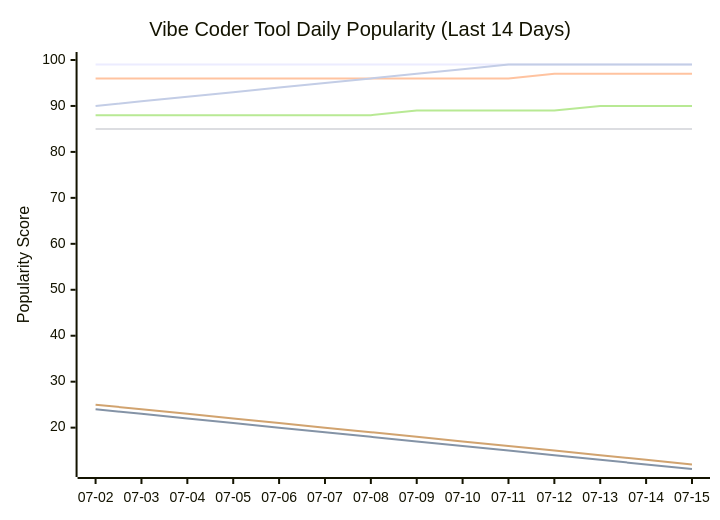
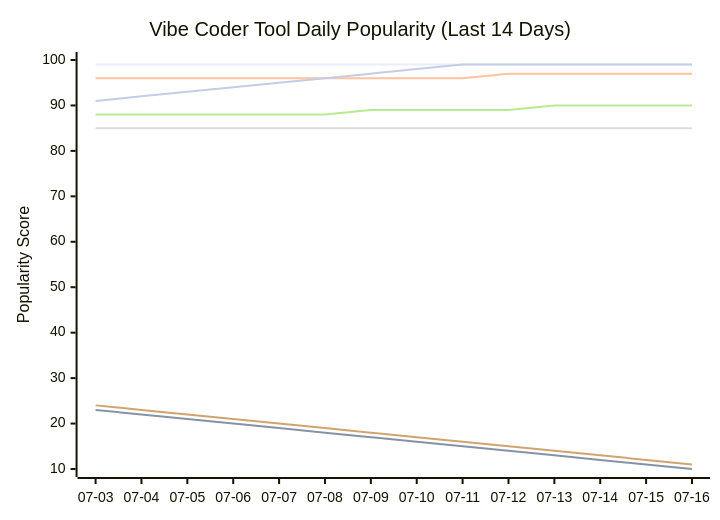
One commit to tykimos/ai-whatchelin changed the seventh of 11 diagrams in README.md. Above: the diagram before and after it, drawn with Mermaid. The commit also changed other lines of this file and 4 other files, not shown here.

````diff
--- a/README.md
+++ b/README.md
@@ -1989,13 +1995,13 @@
 ```mermaid
 xychart-beta
     title "Vibe Coder Tool Daily Popularity (Last 14 Days)"
-    x-axis ["07-02", "07-03", "07-04", "07-05", "07-06", "07-07", "07-08", "07-09", "07-10", "07-11", "07-12", "07-13", "07-14", "07-15"]
-    y-axis "Popularity Score" 11 --> 100
+    x-axis ["07-03", "07-04", "07-05", "07-06", "07-07", "07-08", "07-09", "07-10", "07-11", "07-12", "07-13", "07-14", "07-15", "07-16"]
+    y-axis "Popularity Score" 10 --> 100
     line "Claude Code" [99, 99, 99, 99, 99, 99, 99, 99, 99, 99, 99, 99, 99, 99]
-    line "GH Copilot" [24, 23, 22, 21, 20, 19, 18, 17, 16, 15, 14, 13, 12, 11]
-    line "Cursor" [96, 96, 96, 96, 96, 96, 96, 96, 96, 96, 97, 97, 97, 97]
+    line "GH Copilot" [23, 22, 21, 20, 19, 18, 17, 16, 15, 14, 13, 12, 11, 10]
+    line "Cursor" [96, 96, 96, 96, 96, 96, 96, 96, 96, 97, 97, 97, 97, 97]
     line "Windsurf" [85, 85, 85, 85, 85, 85, 85, 85, 85, 85, 85, 85, 85, 85]
-    line "Codex CLI" [88, 88, 88, 88, 88, 88, 88, 89, 89, 89, 89, 90, 90, 90]
-    line "Gemini CLI" [25, 24, 23, 22, 21, 20, 19, 18, 17, 16, 15, 14, 13, 12]
-    line "Antigravity" [90, 91, 92, 93, 94, 95, 96, 97, 98, 99, 99, 99, 99, 99]
+    line "Codex CLI" [88, 88, 88, 88, 88, 88, 89, 89, 89, 89, 90, 90, 90, 90]
+    line "Gemini CLI" [24, 23, 22, 21, 20, 19, 18, 17, 16, 15, 14, 13, 12, 11]
+    line "Antigravity" [91, 92, 93, 94, 95, 96, 97, 98, 99, 99, 99, 99, 99, 99]
 ```
````
